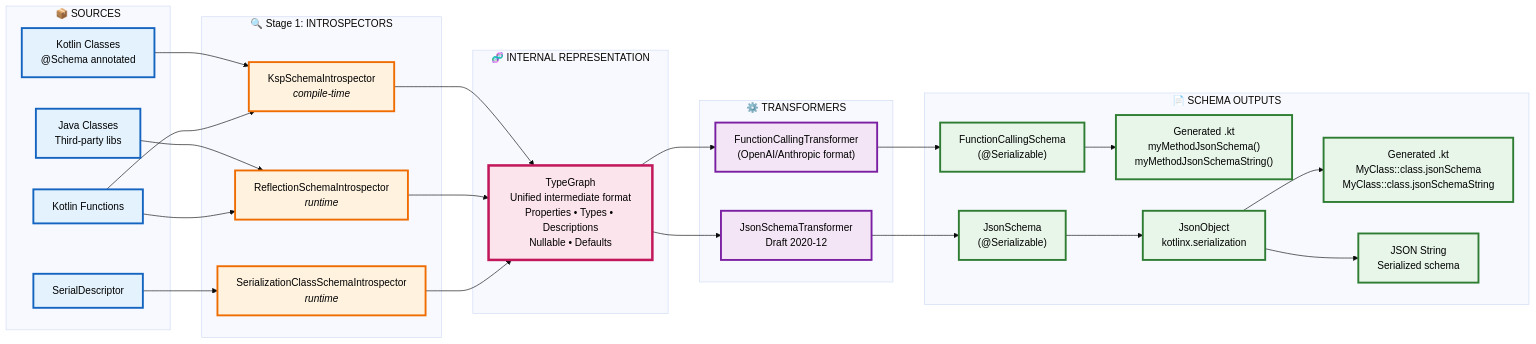
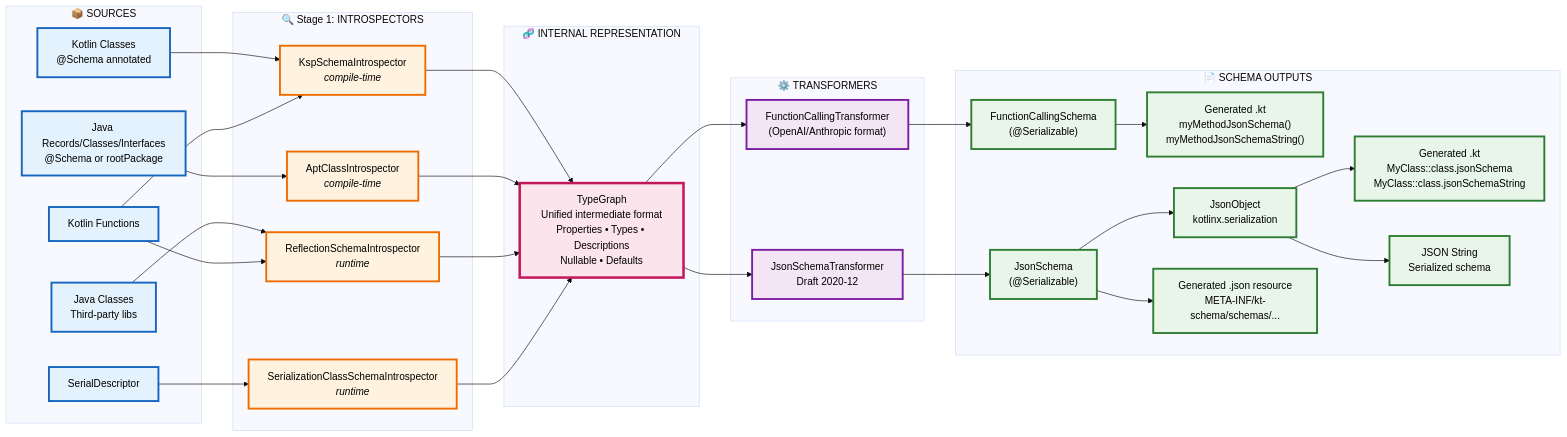
One commit to kpavlov/kt-schema changed the first of 3 diagrams in docs/architecture.md. Above: the diagram before and after it, drawn with Mermaid (base theme). The commit also changed other lines of this file and 21 other files, not shown here.

````diff
--- a/docs/architecture.md
+++ b/docs/architecture.md
@@ -22,65 +22,71 @@
 ```mermaid
 graph LR
     subgraph Sources["📦 SOURCES"]
         Kotlin["Kotlin Classes<br/>@Schema annotated"]
         KSerializer["SerialDescriptor"]
         Java["Java Classes<br/>Third-party libs"]
+        JavaApt["Java Records/Classes/Interfaces<br/>@Schema or rootPackage"]
         Functions["Kotlin Functions"]
     end
 
     subgraph Introspectors["🔍 Stage 1: INTROSPECTORS"]
         KSP["KspSchemaIntrospector<br/><i>compile-time</i>"]
+        Apt["AptClassIntrospector<br/><i>compile-time</i>"]
         Reflect["ReflectionSchemaIntrospector<br/><i>runtime</i>"]
         Serialization["SerializationClassSchemaIntrospector<br/><i>runtime</i>"]
     end
 
     subgraph IR["🧬 INTERNAL REPRESENTATION"]
         TypeGraph["TypeGraph<br/>Unified intermediate format<br/>Properties • Types • Descriptions<br/>Nullable • Defaults"]
     end
 
     subgraph Transformers["⚙️ TRANSFORMERS"]
         JsonTransform["JsonSchemaTransformer<br/>Draft 2020-12"]
         FuncTransform["FunctionCallingTransformer<br/>(OpenAI/Anthropic format)"]
     end
 
     subgraph Output["📄 SCHEMA OUTPUTS"]
         KtClass["Generated .kt<br/>MyClass::class.jsonSchema<br/>MyClass::class.jsonSchemaString"]
         KtFunc["Generated .kt<br/>myMethodJsonSchema()<br/>myMethodJsonSchemaString()"]
         JsonSchema["JsonSchema<br/>(@Serializable)"]
         JsonObj["JsonObject<br/>kotlinx.serialization"]
         JsonStr["JSON String<br/>Serialized schema"]
+        AptResource["Generated .json resource<br/>META-INF/kt-schema/schemas/..."]
         FuncSchema["FunctionCallingSchema<br/>(@Serializable)"]
     end
 
     Kotlin --> KSP
     KSerializer --> Serialization
     Java --> Reflect
+    JavaApt --> Apt
     Functions --> KSP
     Functions --> Reflect
 
     KSP --> TypeGraph
+    Apt --> TypeGraph
     Reflect --> TypeGraph
     Serialization --> TypeGraph
 
     TypeGraph --> JsonTransform
     TypeGraph --> FuncTransform
 
     JsonTransform --> JsonSchema
     FuncTransform --> FuncSchema
     JsonSchema --> JsonObj
+    JsonSchema --> AptResource
     FuncSchema --> KtFunc
     JsonObj --> JsonStr
     JsonObj --> KtClass
 
     classDef sourceStyle fill:#e3f2fd,stroke:#1565c0,stroke-width:3px,color:#000
     classDef introspectorStyle fill:#fff3e0,stroke:#ef6c00,stroke-width:3px,color:#000
     classDef irStyle fill:#fce4ec,stroke:#c2185b,stroke-width:4px,color:#000
     classDef transformStyle fill:#f3e5f5,stroke:#7b1fa2,stroke-width:3px,color:#000
     classDef outputStyle fill:#e8f5e9,stroke:#2e7d32,stroke-width:3px,color:#000
 
-    class Kotlin,Java,Functions,KSerializer sourceStyle
-    class KSP,Reflect,Serialization introspectorStyle
+    class Kotlin,Java,JavaApt,Functions,KSerializer sourceStyle
+    class KSP,Apt,Reflect,Serialization introspectorStyle
     class TypeGraph irStyle
     class JsonTransform,FuncTransform transformStyle
-    class KtClass,KtFunc,JsonSchema,FuncSchema,JsonObj,JsonStr outputStyle
+    class KtClass,KtFunc,JsonSchema,FuncSchema,JsonObj,JsonStr,AptResource outputStyle
 ```
````
